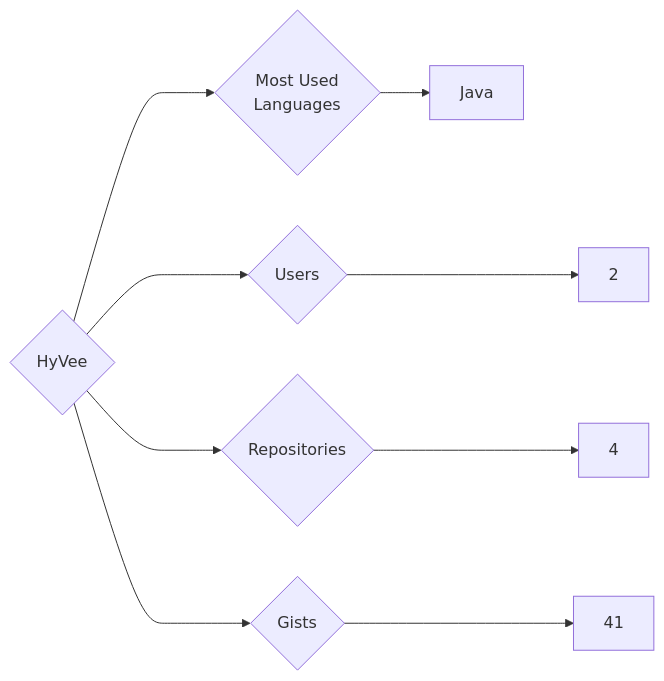
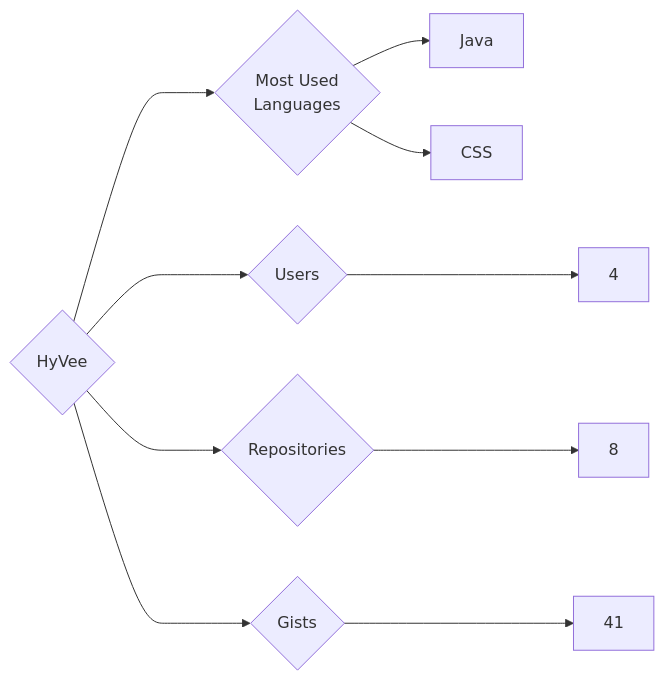
Before and after one commit to trickest/insiders: the diagram in targets/HyVee/README.md, drawn with Mermaid. The commit also changed 815 other files, not shown here.

````diff
--- a/targets/HyVee/README.md
+++ b/targets/HyVee/README.md
@@ -3,9 +3,10 @@
 ```mermaid
 graph LR
 COMPANY_NAME{HyVee}
-COMPANY_NAME ---> U{Users} ---> UN[2]
-COMPANY_NAME ---> R{Repositories} ---> RN[4]
+COMPANY_NAME ---> U{Users} ---> UN[4]
+COMPANY_NAME ---> R{Repositories} ---> RN[8]
 COMPANY_NAME ---> G{Gists} ---> GN[41]
 COMPANY_NAME ---> ML{Most Used<br>Languages}
 ML --> Java[Java]
+ML --> CSS[CSS]
 ```
````
